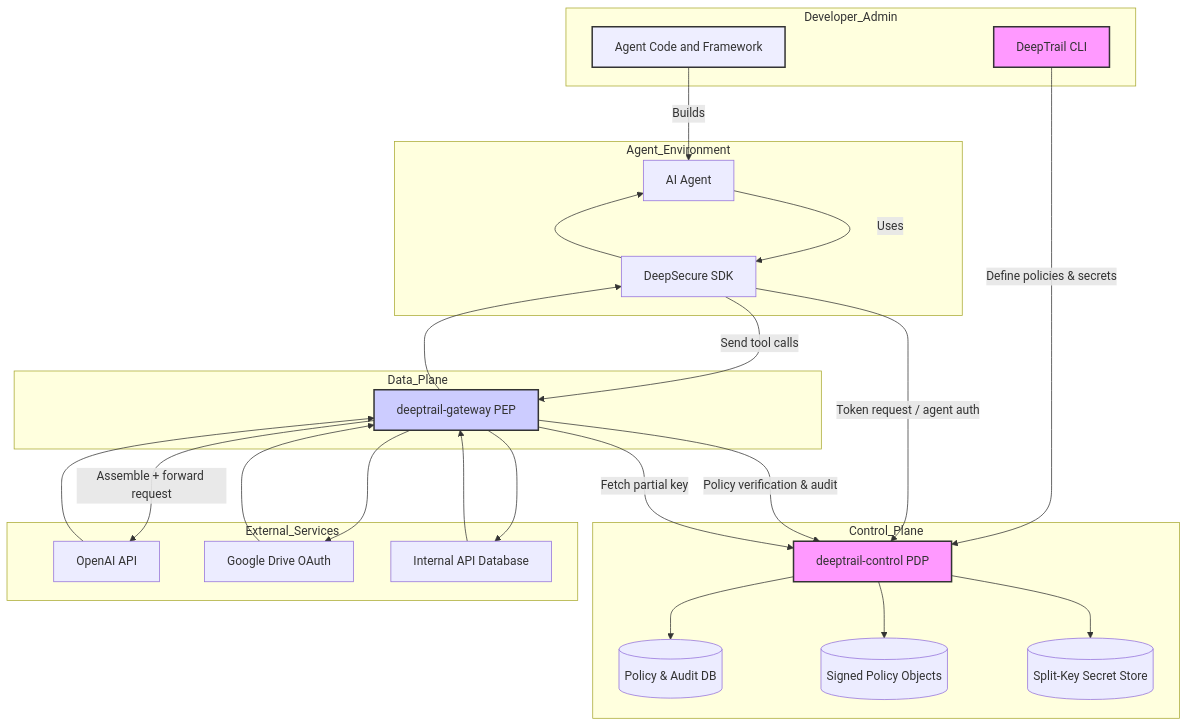
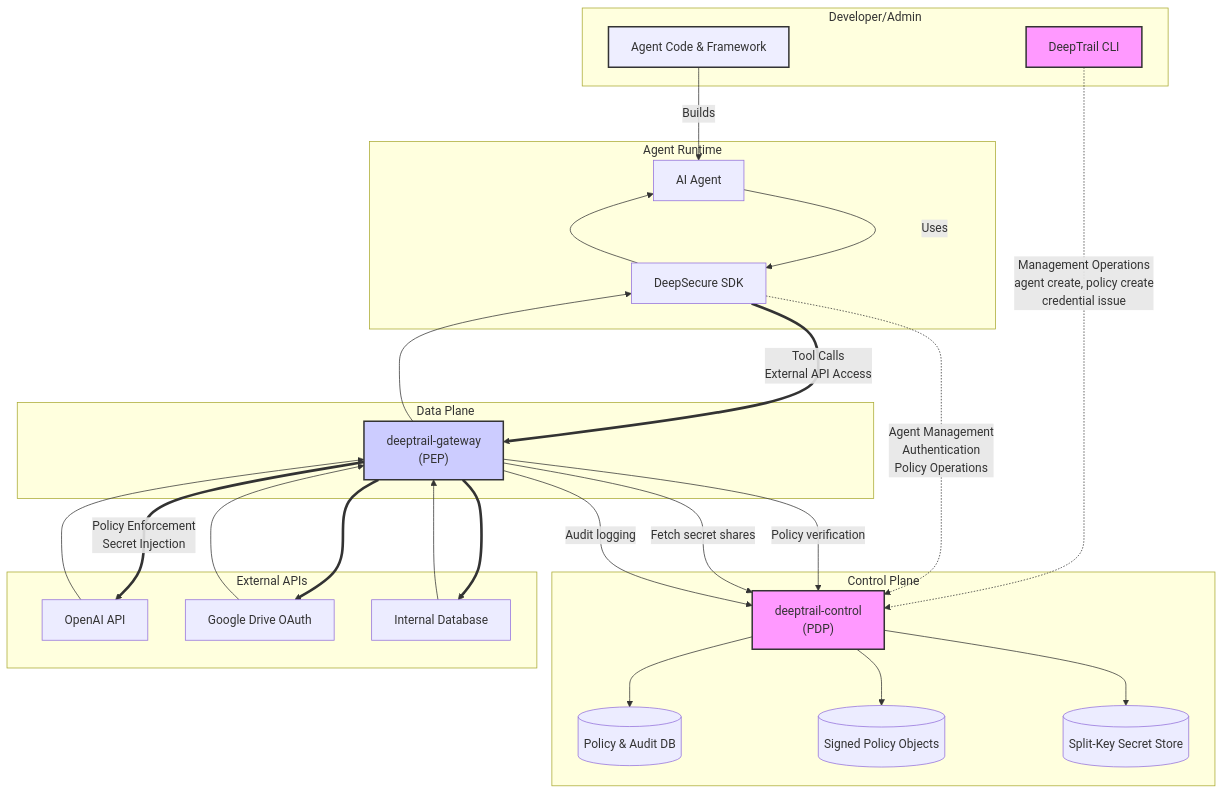
The first of 11 diagrams in docs/design/deepsecure-technical-overview.md (DeepTrail/deepsecure), drawn with Mermaid before and after one commit. The commit also changed other lines of this file and 248 other files, not shown here.

````diff
--- a/docs/design/deepsecure-technical-overview.md
+++ b/docs/design/deepsecure-technical-overview.md
@@ -50,47 +50,60 @@
 ```mermaid
 ---
 config:
   layout: dagre
 ---
 flowchart TD
- subgraph Developer_Admin["Developer_Admin"]
+ subgraph Developer_Admin["Developer/Admin"]
         CLI["DeepTrail CLI"]
-        AgentBuilder["Agent Code and Framework"]
+        AgentBuilder["Agent Code & Framework"]
   end
- subgraph Agent_Environment["Agent_Environment"]
+ subgraph Agent_Environment["Agent Runtime"]
         Agent["AI Agent"]
         SDK["DeepSecure SDK"]
   end
- subgraph Control_Plane["Control_Plane"]
-        ControlPlane["deeptrail-control PDP"]
+ subgraph Control_Plane["Control Plane"]
+        ControlPlane["deeptrail-control<br/>(PDP)"]
         DB[("Policy & Audit DB")]
         PolicyStore[("Signed Policy Objects")]
         SecretsVault[("Split-Key Secret Store")]
   end
- subgraph Data_Plane["Data_Plane"]
-        Gateway["deeptrail-gateway PEP"]
+ subgraph Data_Plane["Data Plane"]
+        Gateway["deeptrail-gateway<br/>(PEP)"]
   end
- subgraph External_Services["External_Services"]
+ subgraph External_Services["External APIs"]
         OpenAI["OpenAI API"]
         Google["Google Drive OAuth"]
-        InternalDB["Internal API Database"]
+        InternalDB["Internal Database"]
   end
+    
+    %% Build-time relationships
     AgentBuilder -- Builds --> Agent
     Agent -- Uses --> SDK
     ControlPlane --> DB & PolicyStore & SecretsVault
-    CLI -- Define policies & secrets --> ControlPlane
-    SDK -- Token request / agent auth --> ControlPlane
-    SDK -- Send tool calls --> Gateway
-    Gateway -- Policy verification & audit --> ControlPlane
-    Gateway -- Fetch partial key --> ControlPlane
-    Gateway -- Assemble + forward request --> OpenAI
-    Gateway --> Google & InternalDB & SDK
+    
+    %% MANAGEMENT FLOW - Direct to Control Plane
+    CLI -.->|"Management Operations<br/>agent create, policy create<br/>credential issue"| ControlPlane
+    SDK -.->|"Agent Management<br/>Authentication<br/>Policy Operations"| ControlPlane
+    
+    %% RUNTIME FLOW - Through Gateway 
+    SDK ==>|"Tool Calls<br/>External API Access"| Gateway
+    Gateway ==>|"Policy Enforcement<br/>Secret Injection"| OpenAI
+    Gateway ==> Google & InternalDB
+    
+    %% Gateway-Control communication
+    Gateway -- Policy verification --> ControlPlane
+    Gateway -- Fetch secret shares --> ControlPlane
+    Gateway -- Audit logging --> ControlPlane
+    
+    %% Response flows
     OpenAI --> Gateway
     Google --> Gateway
     InternalDB --> Gateway
-    SDK --> Agent
+    Gateway --> SDK --> Agent
+    
+    %% Styling
     style CLI fill:#f9f,stroke:#333,stroke-width:2px
     style AgentBuilder fill:#eef,stroke:#333,stroke-width:2px
     style ControlPlane fill:#f9f,stroke:#333,stroke-width:2px
     style Gateway fill:#ccf,stroke:#333,stroke-width:2px
 ```
````
